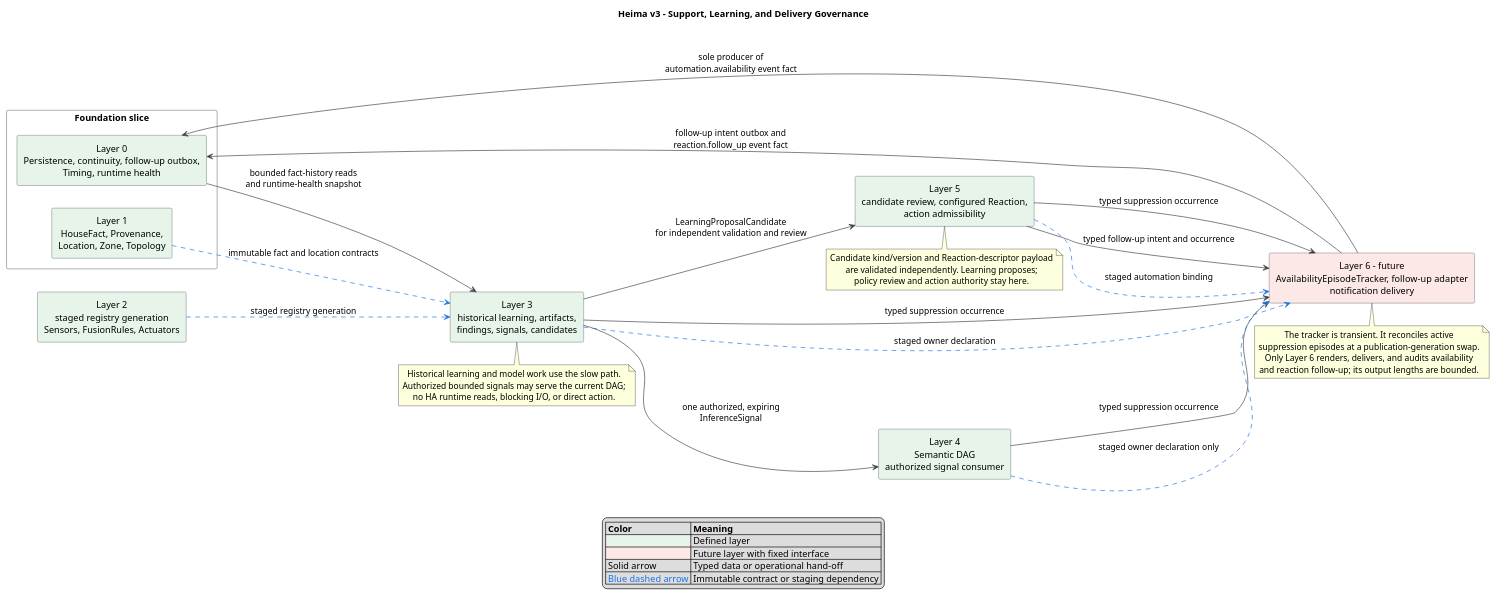
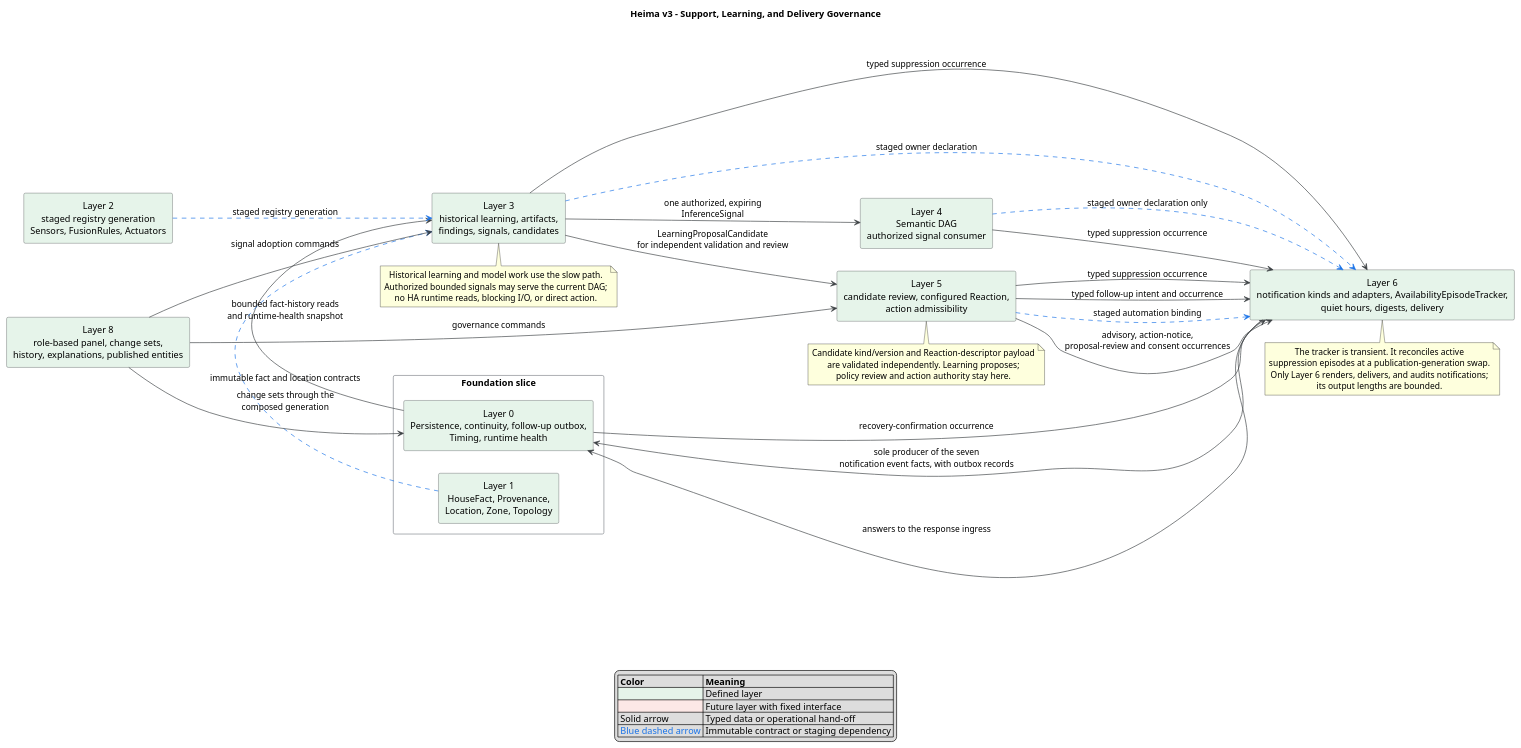
The diagram in docs/specs/v3/architecture_support_governance.puml (heima-labs/ha-heima-core), drawn with PlantUML before and after one commit. The commit also changed 10 other files, not shown here.

```diff
--- a/docs/specs/v3/architecture_support_governance.puml
+++ b/docs/specs/v3/architecture_support_governance.puml
@@ -1,67 +1,73 @@
 @startuml
 title Heima v3 - Support, Learning, and Delivery Governance
 left to right direction
 
 skinparam shadowing false
 skinparam componentStyle rectangle
 skinparam packageStyle rectangle
 skinparam defaultTextAlignment center
 skinparam ArrowColor #3C4043
 skinparam componentBorderColor #3C4043
 skinparam packageBorderColor #80868B
 
 package "Foundation slice" {
   component "Layer 0\nPersistence, continuity, follow-up outbox,\nTiming, runtime health" as L0 #E6F4EA
   component "Layer 1\nHouseFact, Provenance,\nLocation, Zone, Topology" as L1 #E6F4EA
 }
 
 component "Layer 2\nstaged registry generation\nSensors, FusionRules, Actuators" as L2 #E6F4EA
 component "Layer 3\nhistorical learning, artifacts,\nfindings, signals, candidates" as L3 #E6F4EA
 component "Layer 4\nSemantic DAG\nauthorized signal consumer" as L4 #E6F4EA
 component "Layer 5\ncandidate review, configured Reaction,\naction admissibility" as L5 #E6F4EA
-component "Layer 6 - future\nAvailabilityEpisodeTracker, follow-up adapter\nnotification delivery" as L6 #FCE8E6
+component "Layer 6\nnotification kinds and adapters, AvailabilityEpisodeTracker,\nquiet hours, digests, delivery" as L6 #E6F4EA
+component "Layer 8\nrole-based panel, change sets,\nhistory, explanations, published entities" as L8 #E6F4EA
 
 L0 --> L3 : bounded fact-history reads\nand runtime-health snapshot
 L2 -[#1A73E8,dashed]-> L3 : staged registry generation
 L1 -[#1A73E8,dashed]-> L3 : immutable fact and location contracts
 
 L3 --> L4 : one authorized, expiring\nInferenceSignal
 L3 --> L5 : LearningProposalCandidate\nfor independent validation and review
 
 L3 --> L6 : typed suppression occurrence
 L4 --> L6 : typed suppression occurrence
 L5 --> L6 : typed suppression occurrence
 L5 --> L6 : typed follow-up intent and occurrence
 L3 -[#1A73E8,dashed]-> L6 : staged owner declaration
 L4 -[#1A73E8,dashed]-> L6 : staged owner declaration only
 L5 -[#1A73E8,dashed]-> L6 : staged automation binding
-L6 --> L0 : sole producer of\nautomation.availability event fact
-L6 --> L0 : follow-up intent outbox and\nreaction.follow_up event fact
+L5 --> L6 : advisory, action-notice,\nproposal-review and consent occurrences
+L0 --> L6 : recovery-confirmation occurrence
+L6 --> L0 : sole producer of the seven\nnotification event facts, with outbox records
+L6 --> L0 : answers to the response ingress
+L8 --> L0 : change sets through the\ncomposed generation
+L8 --> L5 : governance commands
+L8 --> L3 : signal adoption commands
 
 note bottom of L3
   Historical learning and model work use the slow path.
   Authorized bounded signals may serve the current DAG;
   no HA runtime reads, blocking I/O, or direct action.
 end note
 
 note bottom of L5
   Candidate kind/version and Reaction-descriptor payload
   are validated independently. Learning proposes;
   policy review and action authority stay here.
 end note
 
 note bottom of L6
   The tracker is transient. It reconciles active
   suppression episodes at a publication-generation swap.
-  Only Layer 6 renders, delivers, and audits availability
-  and reaction follow-up; its output lengths are bounded.
+  Only Layer 6 renders, delivers, and audits notifications;
+  its output lengths are bounded.
 end note
 
 legend bottom
   |= Color |= Meaning |
   |<#E6F4EA> | Defined layer |
   |<#FCE8E6> | Future layer with fixed interface |
   | Solid arrow | Typed data or operational hand-off |
   | <color:#1A73E8>Blue dashed arrow</color> | Immutable contract or staging dependency |
 endlegend
 @enduml
```
